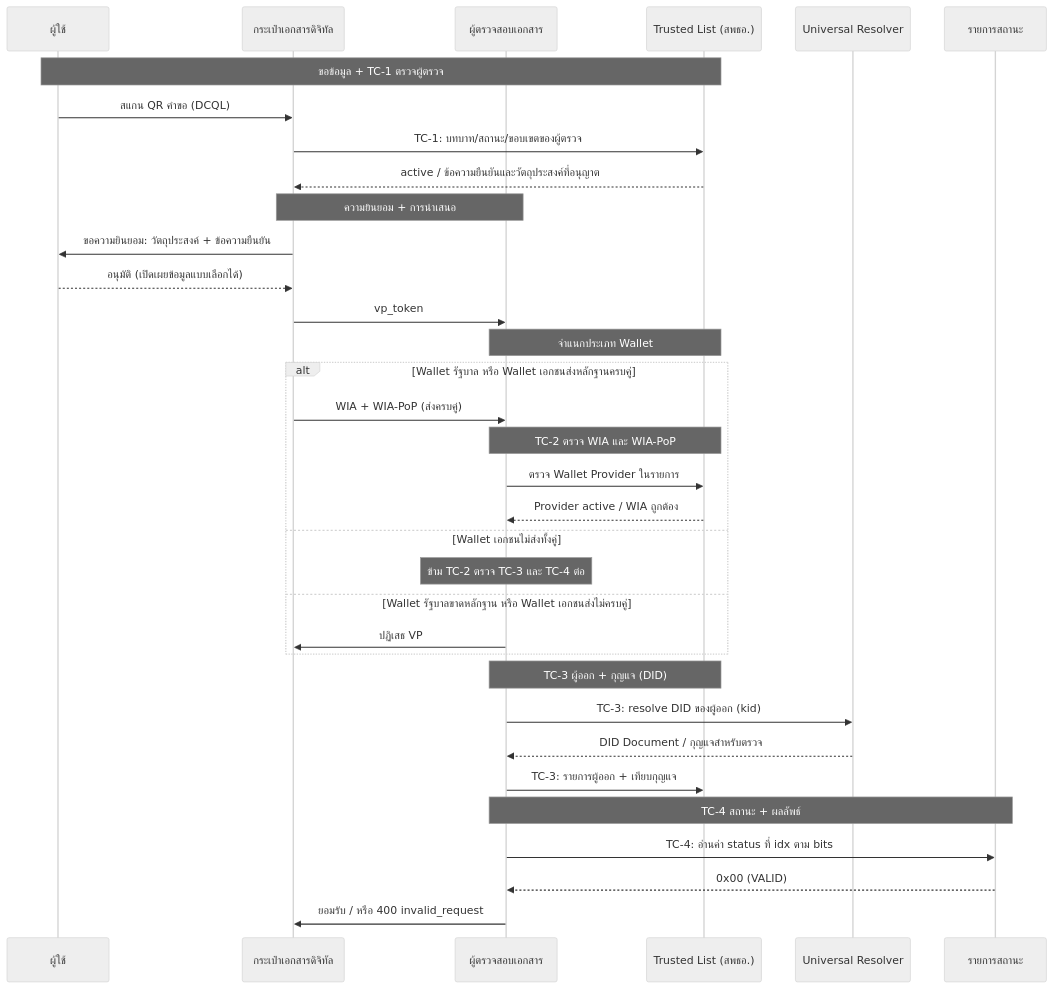
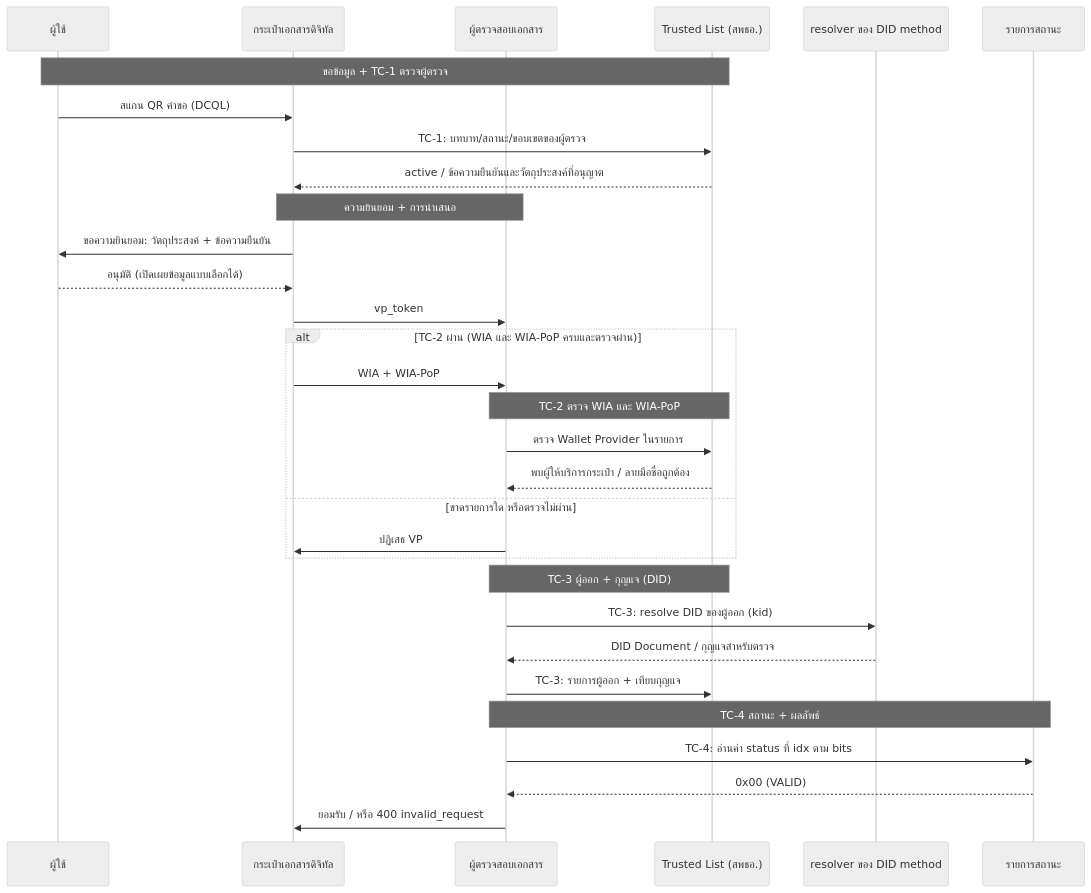
The second of 2 diagrams in docs/thai-vc-arf/00-minimal-interoperability-reference.md (ETDA/vcdoc), drawn with Mermaid (neutral theme) before and after one commit. The commit also changed other lines of this file and 22 other files, not shown here.

````diff
--- a/docs/thai-vc-arf/00-minimal-interoperability-reference.md
+++ b/docs/thai-vc-arf/00-minimal-interoperability-reference.md
@@ -117,40 +117,37 @@
 ```mermaid
 sequenceDiagram
     participant U as ผู้ใช้
     participant W as กระเป๋าเอกสารดิจิทัล
     participant V as ผู้ตรวจสอบเอกสาร
     participant TL as Trusted List (สพธอ.)
-    participant R as Universal Resolver
+    participant R as resolver ของ DID method
     participant SL as รายการสถานะ
 
     Note over U,TL: ขอข้อมูล + TC-1 ตรวจผู้ตรวจ
     U->>W: สแกน QR คำขอ (DCQL)
     W->>TL: TC-1: บทบาท/สถานะ/ขอบเขตของผู้ตรวจ
     TL-->>W: active / ข้อความยืนยันและวัตถุประสงค์ที่อนุญาต
 
     Note over W,V: ความยินยอม + การนำเสนอ
     W->>U: ขอความยินยอม: วัตถุประสงค์ + ข้อความยืนยัน
     U-->>W: อนุมัติ (เปิดเผยข้อมูลแบบเลือกได้)
     W->>V: vp_token
-    Note over V,TL: จำแนกประเภท Wallet
-    alt Wallet รัฐบาล หรือ Wallet เอกชนส่งหลักฐานครบคู่
-        W->>V: WIA + WIA-PoP (ส่งครบคู่)
+    alt TC-2 ผ่าน (WIA และ WIA-PoP ครบและตรวจผ่าน)
+        W->>V: WIA + WIA-PoP
         Note over V,TL: TC-2 ตรวจ WIA และ WIA-PoP
         V->>TL: ตรวจ Wallet Provider ในรายการ
-        TL-->>V: Provider active / WIA ถูกต้อง
-    else Wallet เอกชนไม่ส่งทั้งคู่
-        Note over V: ข้าม TC-2 ตรวจ TC-3 และ TC-4 ต่อ
-    else Wallet รัฐบาลขาดหลักฐาน หรือ Wallet เอกชนส่งไม่ครบคู่
+        TL-->>V: พบผู้ให้บริการกระเป๋า / ลายมือชื่อถูกต้อง
+    else ขาดรายการใด หรือตรวจไม่ผ่าน
         V->>W: ปฏิเสธ VP
     end
 
     Note over V,TL: TC-3 ผู้ออก + กุญแจ (DID)
     V->>R: TC-3: resolve DID ของผู้ออก (kid)
     R-->>V: DID Document / กุญแจสำหรับตรวจ
     V->>TL: TC-3: รายการผู้ออก + เทียบกุญแจ
 
     Note over V,SL: TC-4 สถานะ + ผลลัพธ์
     V->>SL: TC-4: อ่านค่า status ที่ idx ตาม bits
     SL-->>V: 0x00 (VALID)
     V->>W: ยอมรับ / หรือ 400 invalid_request
 ```
````
